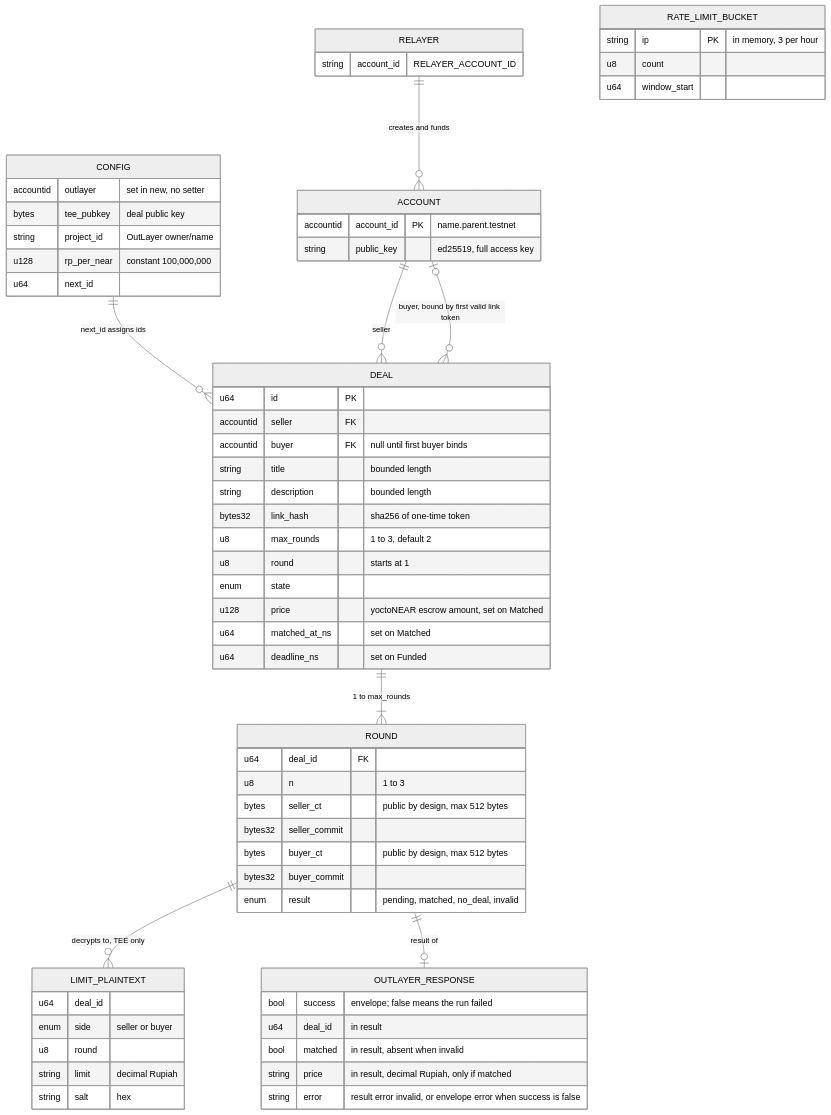
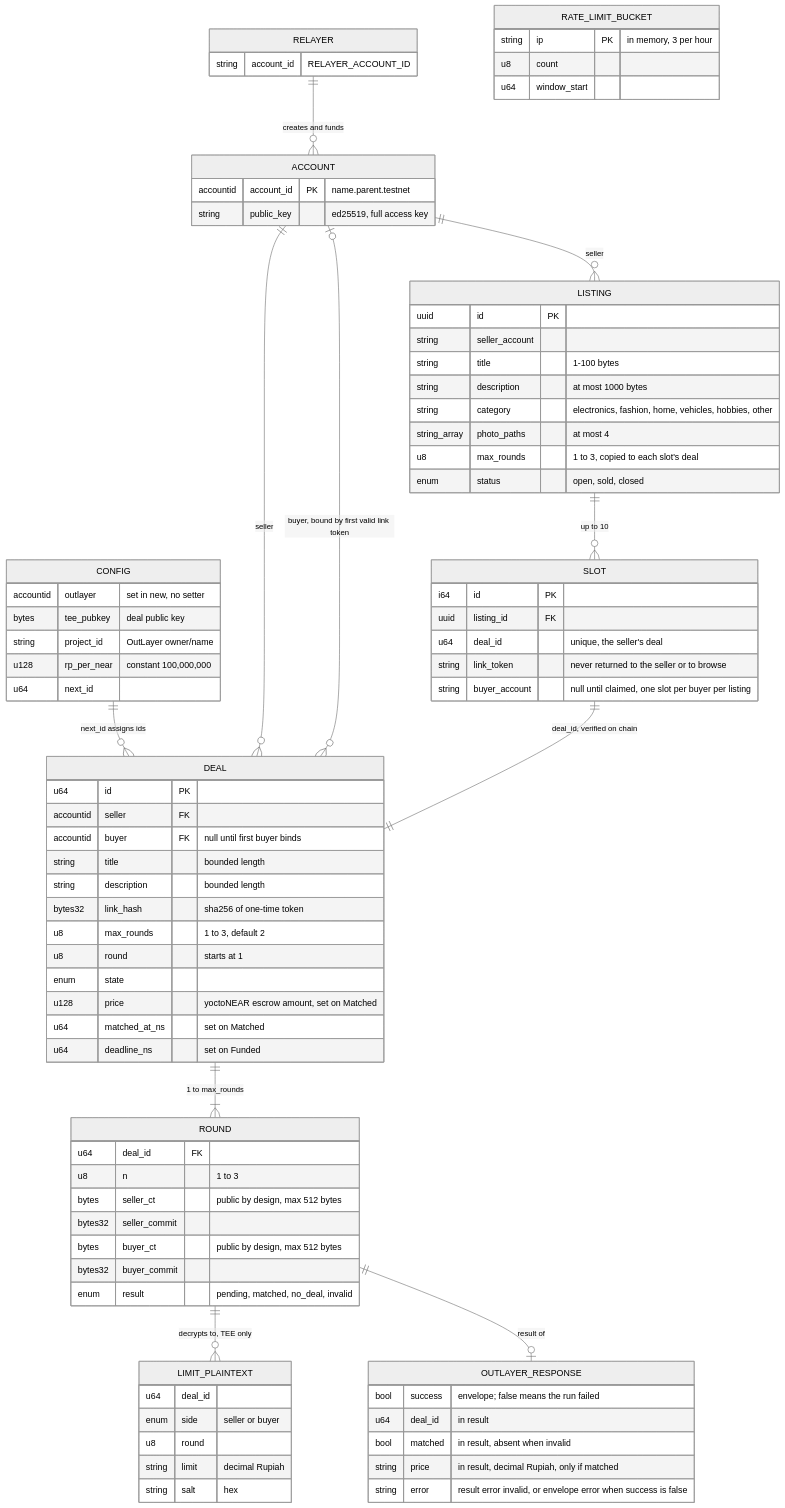
The diagram in docs/DATA-MODEL.md (ketutezraugm/shake), drawn with Mermaid (neutral theme) before and after one commit. The commit also changed other lines of this file and 22 other files, not shown here.

```diff
--- a/docs/DATA-MODEL.md
+++ b/docs/DATA-MODEL.md
@@ -25,6 +26,9 @@
     ROUND ||--o{ LIMIT_PLAINTEXT : "decrypts to, TEE only"
     ROUND ||--o| OUTLAYER_RESPONSE : "result of"
     RELAYER ||--o{ ACCOUNT : "creates and funds"
+    ACCOUNT ||--o{ LISTING : "seller"
+    LISTING ||--o{ SLOT : "up to 10"
+    SLOT ||--|| DEAL : "deal_id, verified on chain"
 
     CONFIG {
         accountid outlayer "set in new, no setter"
@@ -77,6 +81,23 @@
     RELAYER {
         string account_id "RELAYER_ACCOUNT_ID"
     }
+    LISTING {
+        uuid id PK
+        string seller_account
+        string title "1-100 bytes"
+        string description "at most 1000 bytes"
+        string category "electronics, fashion, home, vehicles, hobbies, other"
+        string_array photo_paths "at most 4"
+        u8 max_rounds "1 to 3, copied to each slot's deal"
+        enum status "open, sold, closed"
+    }
+    SLOT {
+        i64 id PK
+        uuid listing_id FK
+        u64 deal_id "unique, the seller's deal"
+        string link_token "never returned to the seller or to browse"
+        string buyer_account "null until claimed, one slot per buyer per listing"
+    }
     RATE_LIMIT_BUCKET {
         string ip PK "in memory, 3 per hour"
         u8 count
```
